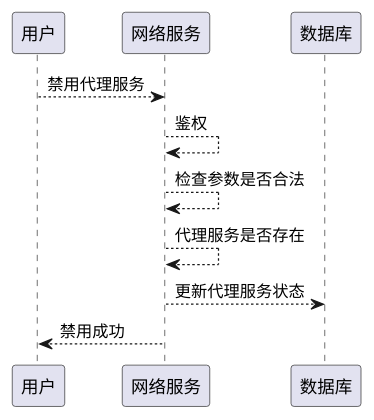
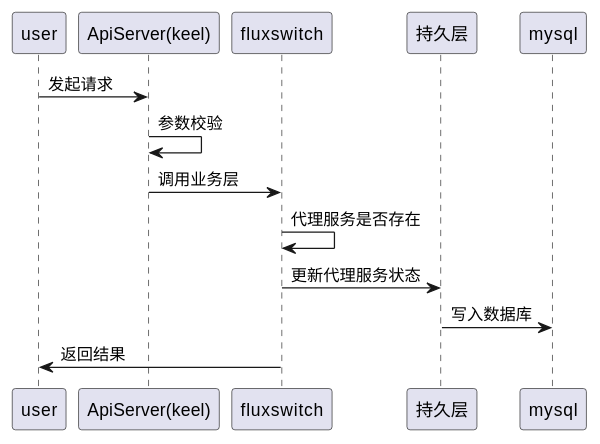
Before and after one commit to tkeel-io/docs: the tenth of 12 diagrams in docs/api/appendix/plantuml/fluxswitch.md, drawn with PlantUML. The commit also changed other lines of this file and 2 other files, not shown here.

Commit message:
feat: update plugin manager uml & fluxswicth manager

````diff
--- a/docs/api/appendix/plantuml/fluxswitch.md
+++ b/docs/api/appendix/plantuml/fluxswitch.md
@@ -237,14 +272,17 @@
 ```plantuml
+@startuml
+participant "user" as user
+participant "ApiServer(keel)" as keel
+participant "fluxswitch" as fluxswitch
+participant "持久层" as dblayer
+participant "mysql" as mysql
 
-participant "用户" as user
-participant "网络服务" as fluxswitch
-participant "数据库"  as db
-
-user --> fluxswitch : 禁用代理服务
-fluxswitch --> fluxswitch : 鉴权
-fluxswitch --> fluxswitch : 检查参数是否合法
-fluxswitch --> fluxswitch : 代理服务是否存在
-fluxswitch --> db : 更新代理服务状态
-fluxswitch --> user : 禁用成功
-
+user -> keel : 发起请求
+keel -> keel : 参数校验 
+keel -> fluxswitch : 调用业务层
+fluxswitch -> fluxswitch : 代理服务是否存在
+fluxswitch -> dblayer : 更新代理服务状态
+dblayer -> mysql : 写入数据库
+fluxswitch -> user : 返回结果
+@enduml
 ```
````
